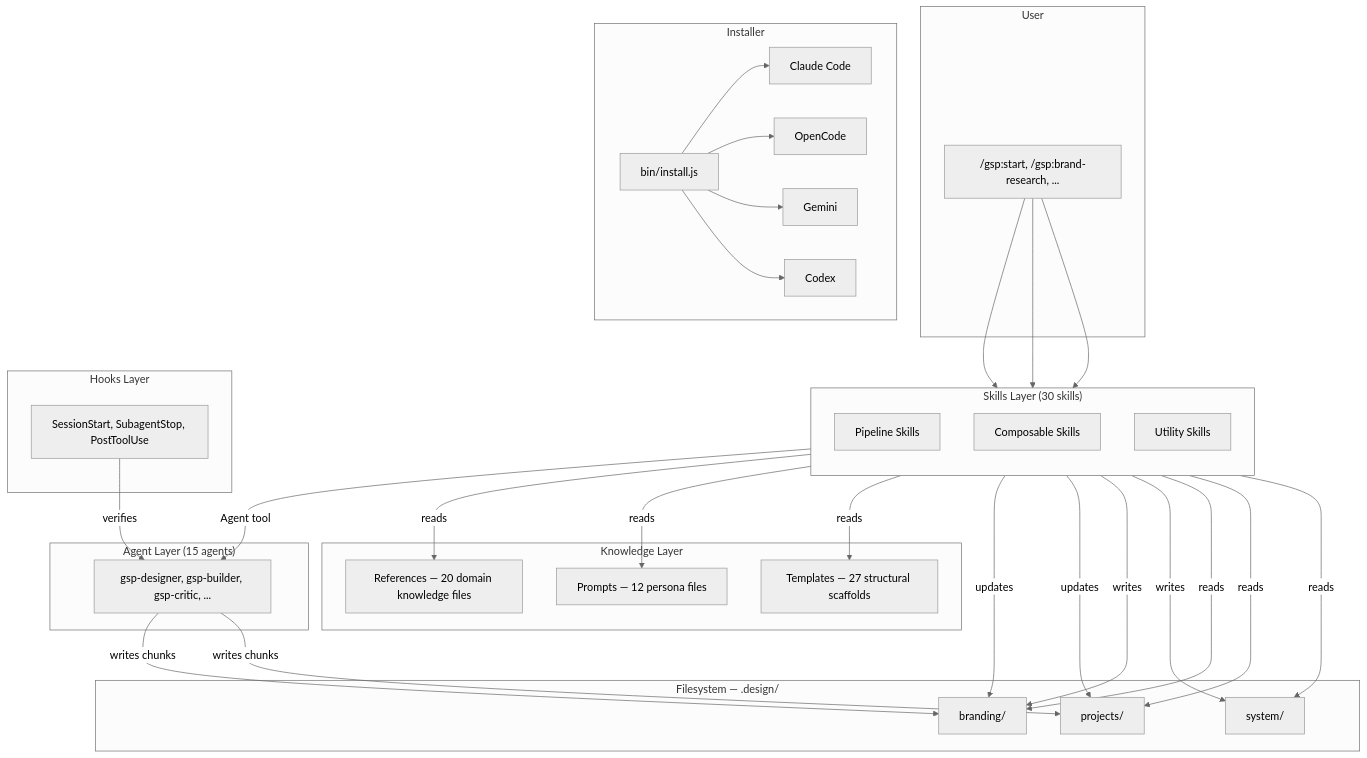
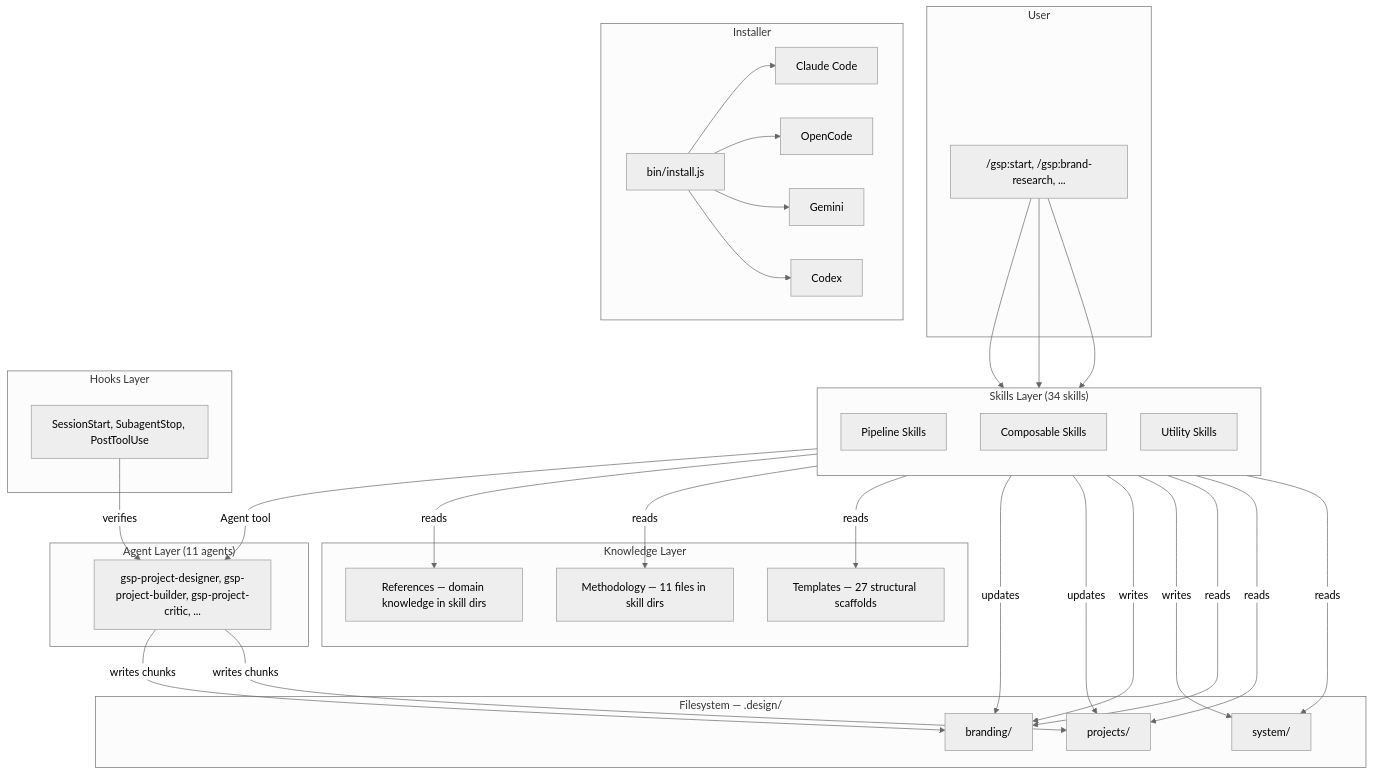
One commit to jubscodes/get-shit-pretty changed the first of 7 diagrams in ARCHITECTURE.md. Above: the diagram before and after it, drawn with Mermaid (neutral theme). The commit also changed other lines of this file and 145 other files, not shown here.

````diff
--- a/ARCHITECTURE.md
+++ b/ARCHITECTURE.md
@@ -5,51 +5,51 @@
 ```mermaid
 graph TB
     subgraph "User"
         CLI["/gsp:start, /gsp:brand-research, ..."]
     end
 
-    subgraph "Skills Layer (30 skills)"
+    subgraph "Skills Layer (34 skills)"
         direction TB
         PS[Pipeline Skills]
         CS[Composable Skills]
         US[Utility Skills]
     end
 
-    subgraph "Agent Layer (15 agents)"
-        AG[gsp-designer, gsp-builder, gsp-critic, ...]
+    subgraph "Agent Layer (11 agents)"
+        AG[gsp-project-designer, gsp-project-builder, gsp-project-critic, ...]
     end
 
     subgraph "Knowledge Layer"
-        PR[Prompts — 12 persona files]
-        RF[References — 20 domain knowledge files]
+        PR[Methodology — 11 files in skill dirs]
+        RF[References — domain knowledge in skill dirs]
         TM[Templates — 27 structural scaffolds]
     end
 
     subgraph "Hooks Layer"
         HK[SessionStart, SubagentStop, PostToolUse]
     end
 
     subgraph "Filesystem — .design/"
         BR[branding/]
         PJ[projects/]
         SY[system/]
     end
 
     subgraph "Installer"
         INS[bin/install.js]
         CC[Claude Code]
         OC[OpenCode]
         GE[Gemini]
         CX[Codex]
     end
 
     CLI --> PS & CS & US
     PS -->|"Agent tool"| AG
     AG -->|writes chunks| BR & PJ
     PS -->|reads| RF & PR & TM
     PS -->|updates| BR & PJ
     CS -->|writes| BR & SY
     US -->|reads| BR & PJ & SY
     HK -->|verifies| AG
     INS --> CC & OC & GE & CX
 ```
````
